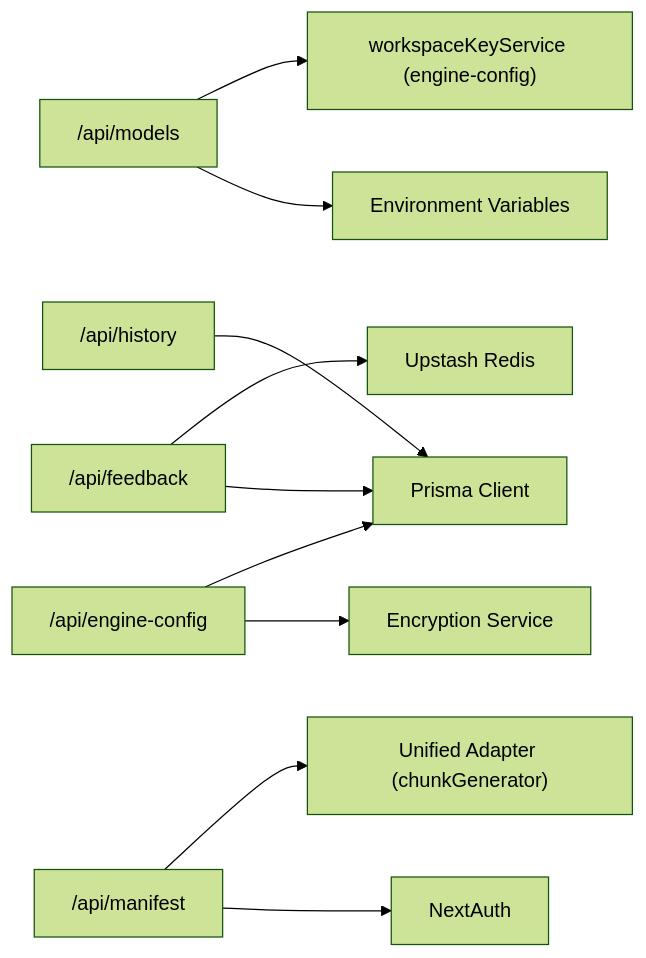
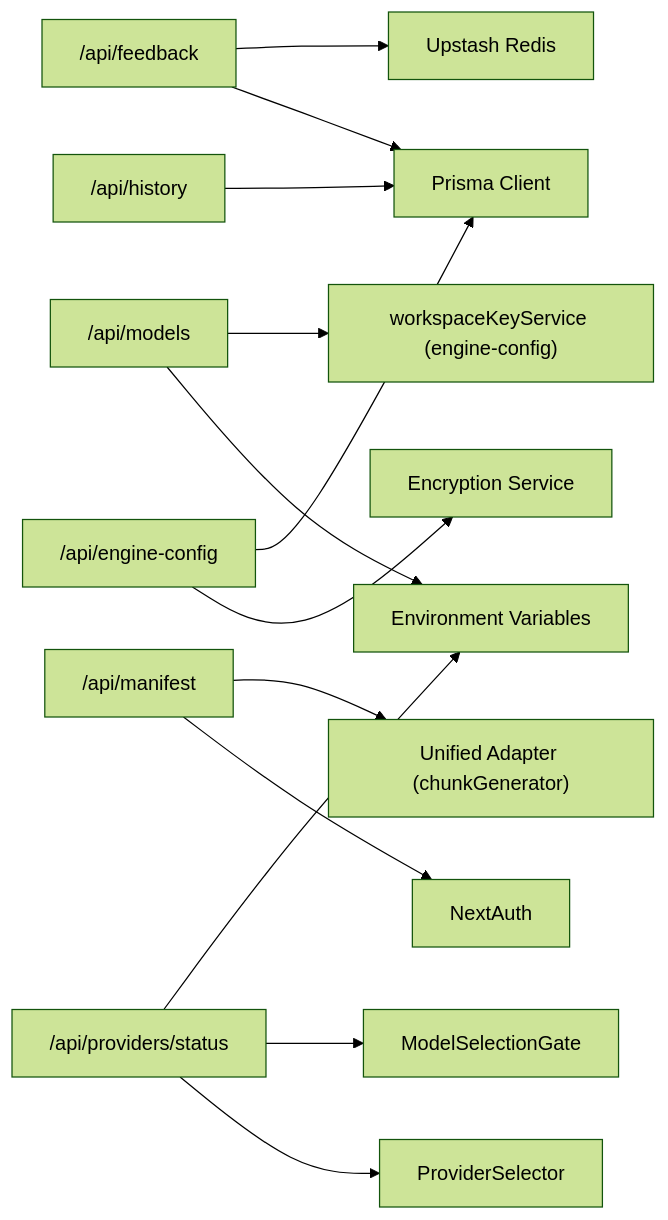
Before and after one commit to shekhargiri005-dotcom/AI-powered-accessibility-first-UI-engine: the ninth of 9 diagrams in .qoder/repowiki/en/content/API Reference/Utility APIs.md, drawn with Mermaid (forest theme). The commit also changed other lines of this file and 10 other files, not shown here.

````diff
--- a/.qoder/repowiki/en/content/API Reference/Utility APIs.md
+++ b/.qoder/repowiki/en/content/API Reference/Utility APIs.md
@@ -406,12 +499,15 @@
 ```mermaid
 graph LR
 Models["/api/models"] --> Keys["workspaceKeyService (engine-config)"]
 Models --> Env["Environment Variables"]
 History["/api/history"] --> Prisma["Prisma Client"]
 Feedback["/api/feedback"] --> Redis["Upstash Redis"]
 Feedback --> Prisma
 Manifest["/api/manifest"] --> Adapter["Unified Adapter (chunkGenerator)"]
 Manifest --> Auth["NextAuth"]
 Engine["/api/engine-config"] --> Prisma
 Engine --> Crypto["Encryption Service"]
+Providers["/api/providers/status"] --> Env
+Providers --> MSG["ModelSelectionGate"]
+Providers --> PSel["ProviderSelector"]
 ```
````
